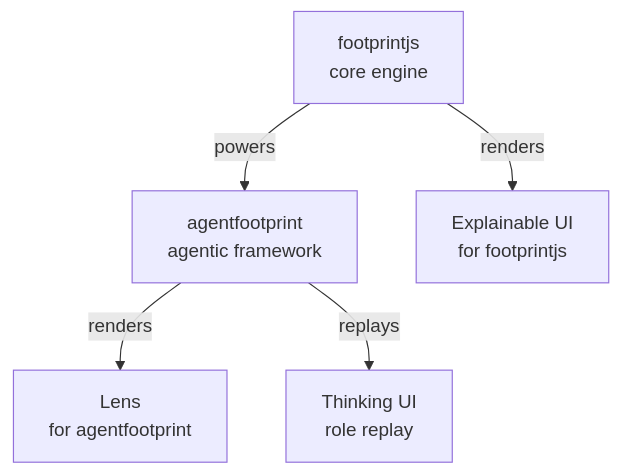
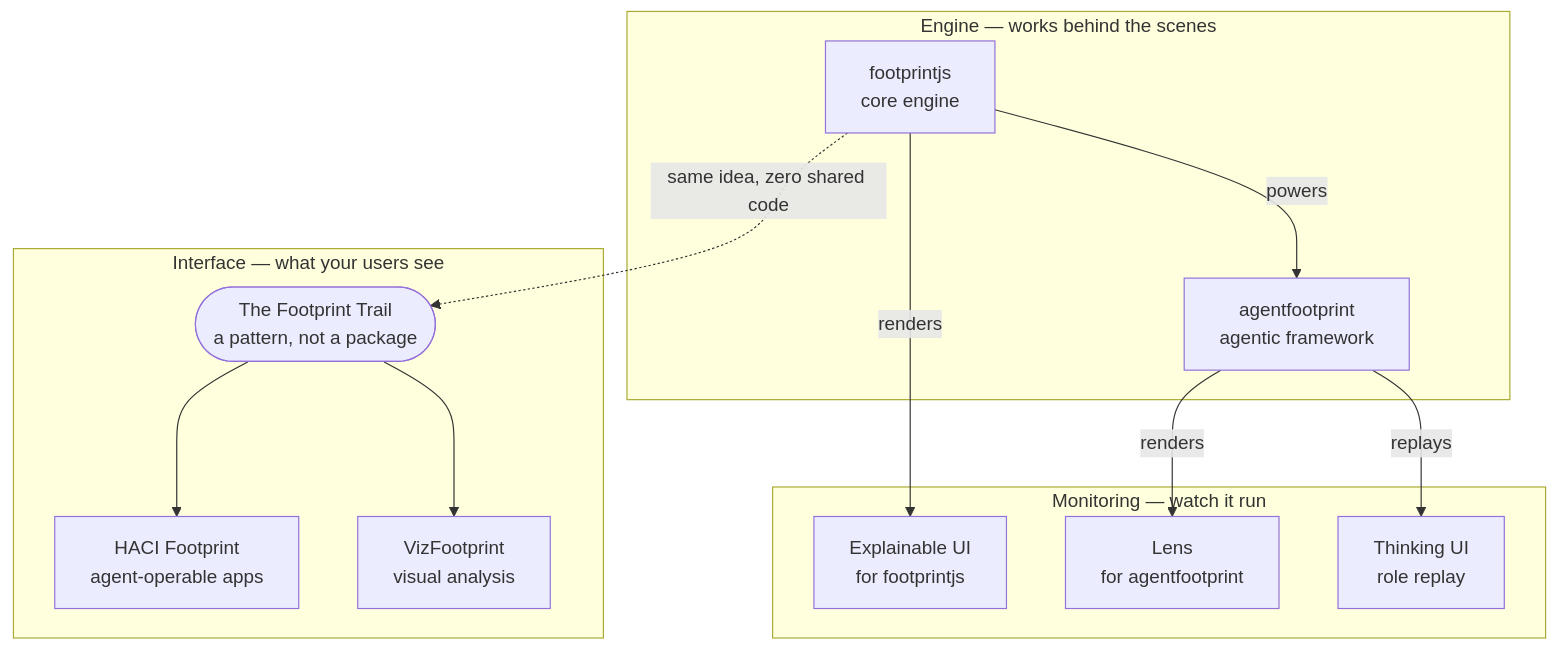
The diagram in README.md (footprintjs/footprintjs.github.io), drawn with Mermaid before and after one commit. The commit also changed other lines of this file and 9 other files, not shown here.

````diff
--- a/README.md
+++ b/README.md
@@ -17,13 +20,25 @@
 ```mermaid
 flowchart TD
-    F["footprintjs<br/>core engine"]
-    A["agentfootprint<br/>agentic framework"]
-    E["Explainable UI<br/>for footprintjs"]
-    L["Lens<br/>for agentfootprint"]
-    T["Thinking UI<br/>role replay"]
+    subgraph ENG["Engine — works behind the scenes"]
+        F["footprintjs<br/>core engine"]
+        A["agentfootprint<br/>agentic framework"]
+    end
+    subgraph INT["Interface — what your users see"]
+        TR(["The Footprint Trail<br/>a pattern, not a package"])
+        H["HACI Footprint<br/>agent-operable apps"]
+        V["VizFootprint<br/>visual analysis"]
+    end
+    subgraph MON["Monitoring — watch it run"]
+        E["Explainable UI<br/>for footprintjs"]
+        L["Lens<br/>for agentfootprint"]
+        T["Thinking UI<br/>role replay"]
+    end
 
     F -->|powers| A
+    F -.->|same idea, zero shared code| TR
+    TR --> H
+    TR --> V
     F -->|renders| E
     A -->|renders| L
     A -->|replays| T
 ```
````
